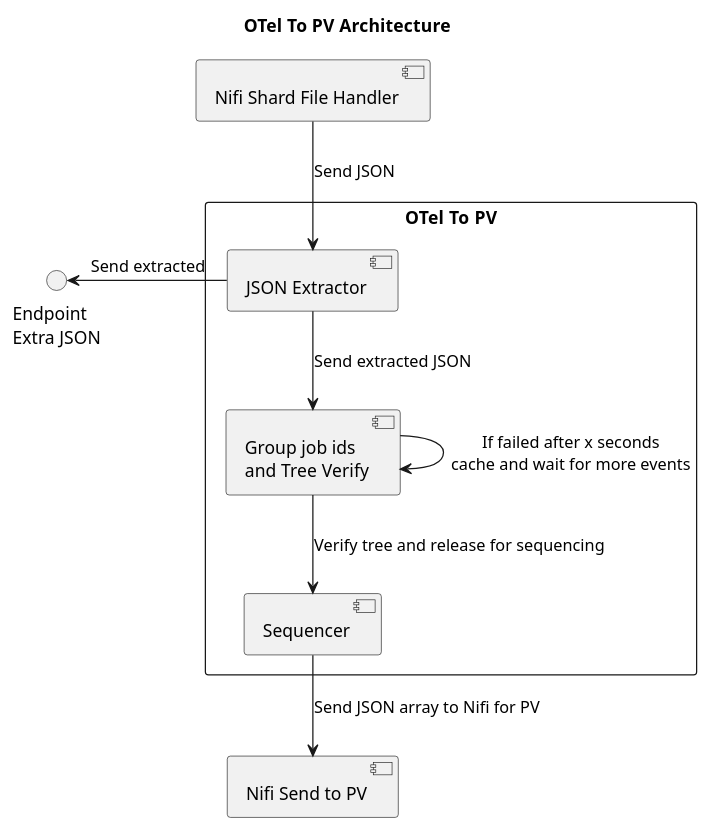
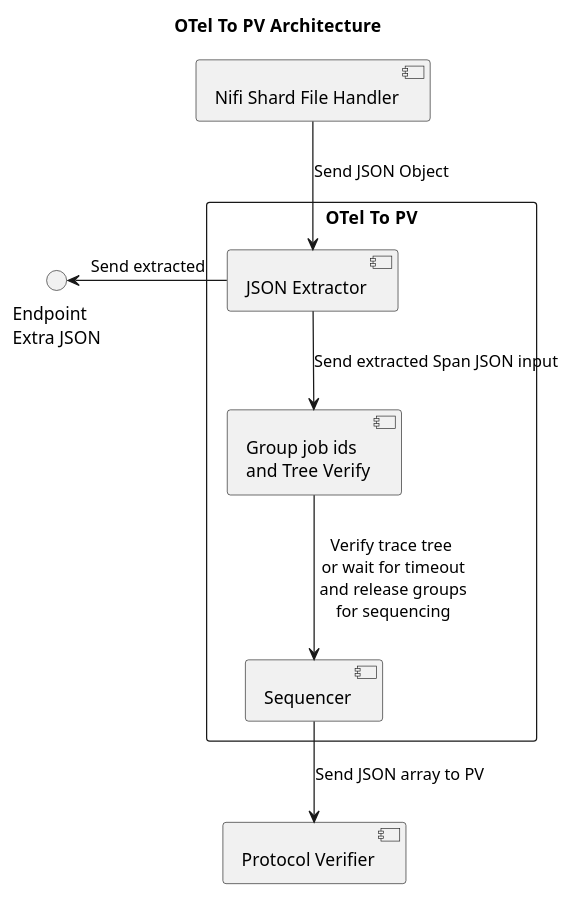
One commit to xtuml/otel2pv changed the diagram in docs/design_notes/DN0_OTelToPV_Architecture/overall_arch.puml. Above: the diagram before and after it, drawn with PlantUML. The commit also changed 8 other files, not shown here.

```diff
--- a/docs/design_notes/DN0_OTelToPV_Architecture/overall_arch.puml
+++ b/docs/design_notes/DN0_OTelToPV_Architecture/overall_arch.puml
@@ -1,18 +1,17 @@
 @startuml
 title OTel To PV Architecture
 rectangle "OTel To PV" as Bespoke {
     component "JSON Extractor" as JSONExtractor
     component "Sequencer" as Sequencer
     component "Group job ids\nand Tree Verify" as TreeVerify
 }
 interface "Endpoint\nExtra JSON" as EndpointExtraJSON
 component "Nifi Shard File Handler" as NifiShardFileHandler
-component "Nifi Send to PV" as NifiSendToPV
+component "Protocol Verifier" as NifiSendToPV
 
-NifiShardFileHandler --> JSONExtractor : Send JSON
-JSONExtractor --> TreeVerify : Send extracted JSON
+NifiShardFileHandler --> JSONExtractor : Send JSON Object
+JSONExtractor --> TreeVerify : Send extracted Span JSON input
 JSONExtractor -left-> EndpointExtraJSON : Send extracted
-TreeVerify --> Sequencer : Verify tree and release for sequencing
-TreeVerify --> TreeVerify : If failed after x seconds\ncache and wait for more events
-Sequencer --> NifiSendToPV : Send JSON array to Nifi for PV
+TreeVerify --> Sequencer : Verify trace tree\n or wait for timeout\n and release groups\n for sequencing
+Sequencer --> NifiSendToPV : Send JSON array to PV
 @enduml
```
